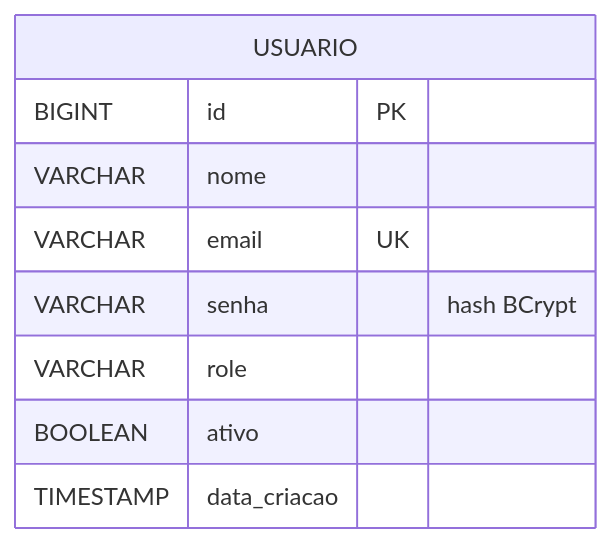
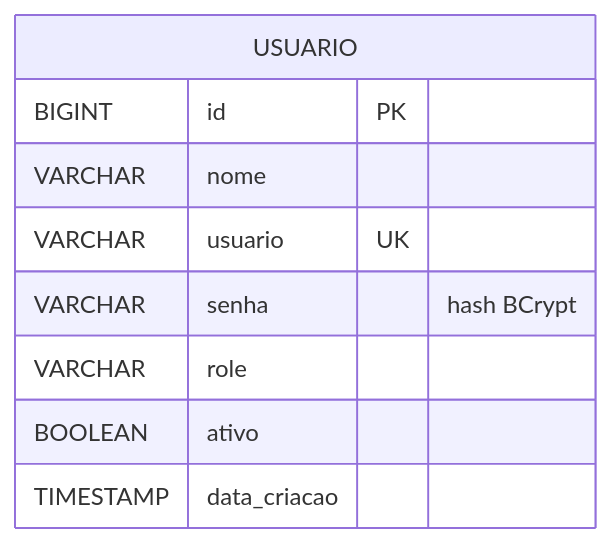
The diagram in docs/diagrama-banco.md (leticia-olivr/Sistema-gest-o-alunos), drawn with Mermaid before and after one commit. The commit also changed other lines of this file and 19 other files, not shown here.

````diff
--- a/docs/diagrama-banco.md
+++ b/docs/diagrama-banco.md
@@ -7,12 +7,12 @@
 ```mermaid
 erDiagram
 	USUARIO {
 		BIGINT id PK
 		VARCHAR nome
-		VARCHAR email UK
+		VARCHAR usuario UK
 		VARCHAR senha "hash BCrypt"
 		VARCHAR role
 		BOOLEAN ativo
 		TIMESTAMP data_criacao
 	}
 ```
````
